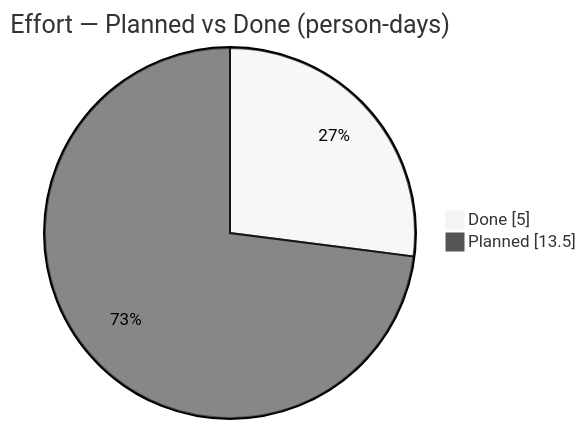
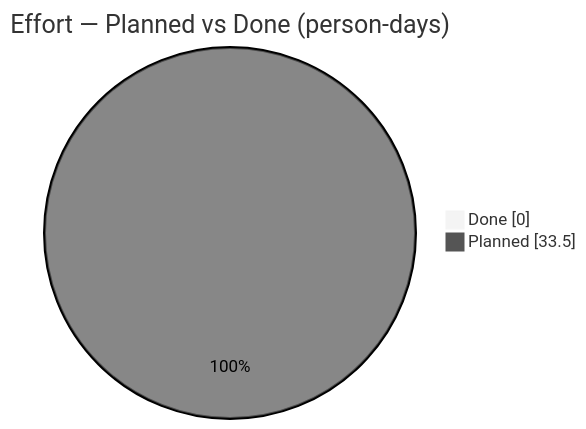
One commit to Katty-Fashion/kf-cpto changed the first of 2 diagrams in docs/_projects/R3-AAS.md. Above: the diagram before and after it, drawn with Mermaid (neutral theme). The commit also changed other lines of this file and 12 other files, not shown here.

````diff
--- a/docs/_projects/R3-AAS.md
+++ b/docs/_projects/R3-AAS.md
@@ -230,5 +208,5 @@
 ```mermaid
 pie showData title Effort — Planned vs Done (person-days)
-    "Done" : 5.0
-    "Planned" : 13.5
+    "Done" : 0.0
+    "Planned" : 33.5
 ```
````
